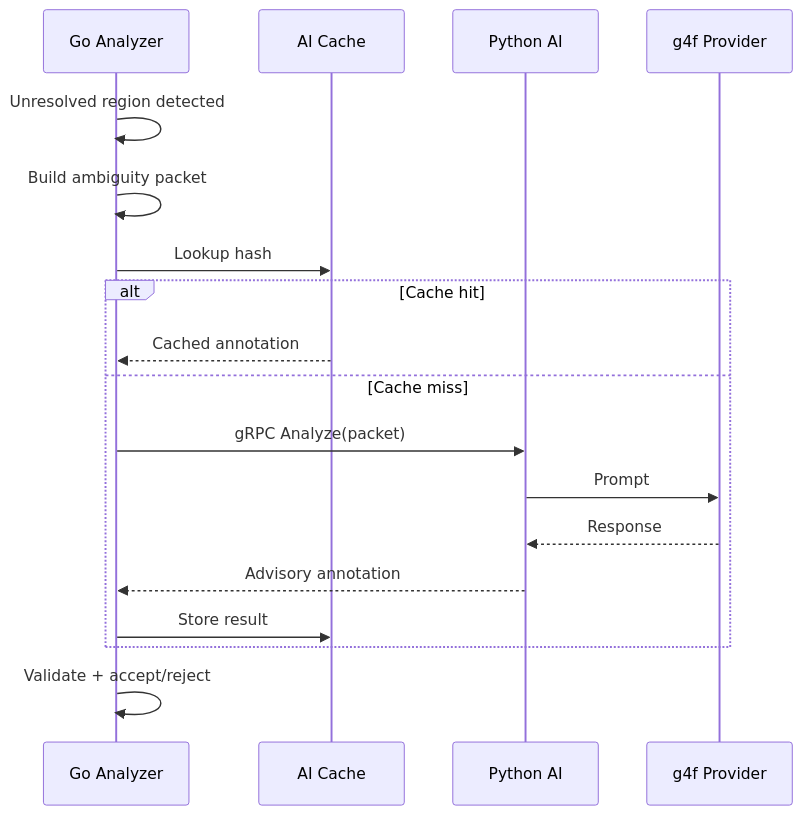
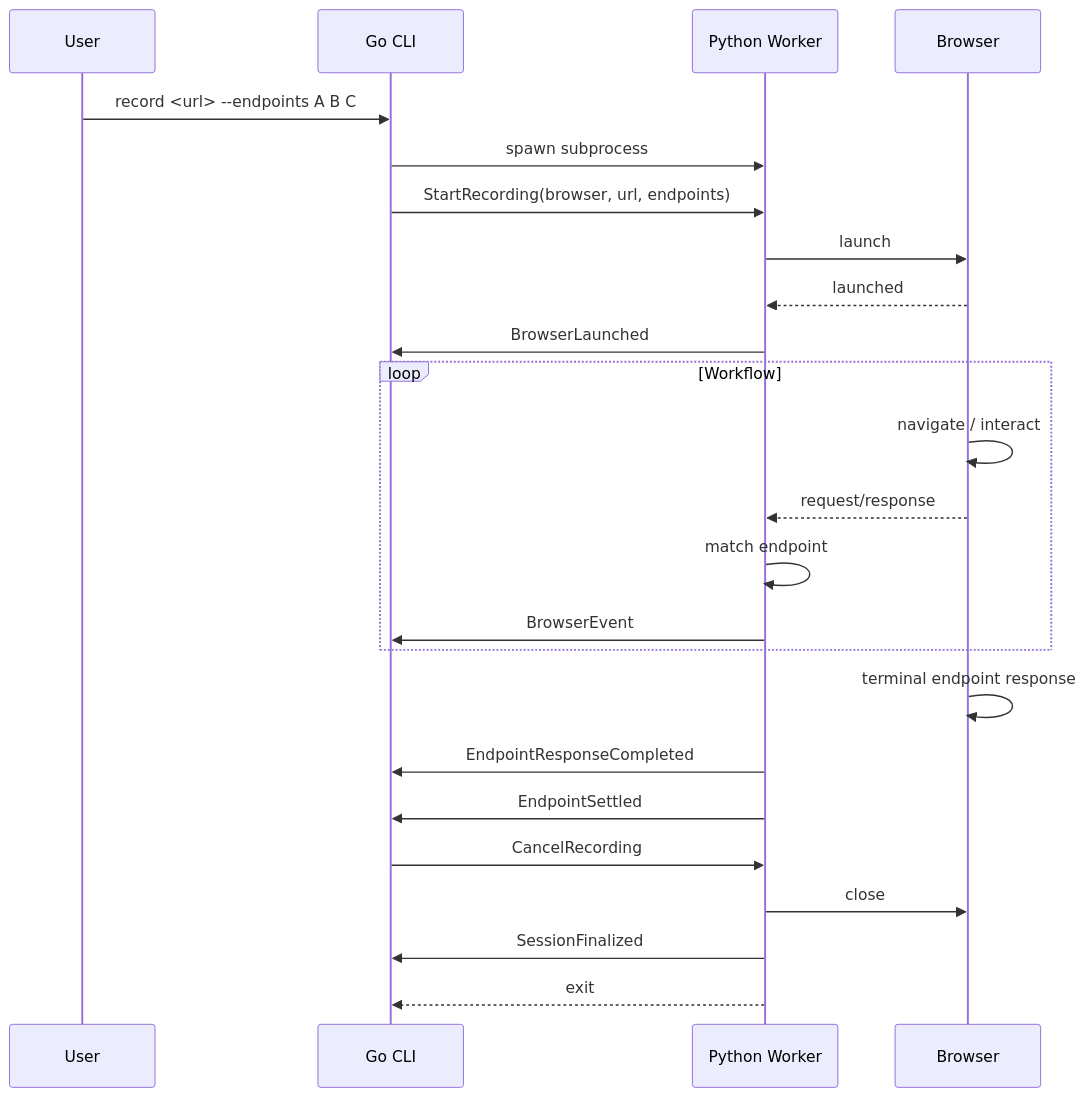
One commit to Aran404/autohttp changed the second of 3 diagrams in .agents/specs/architecture.md. Above: the diagram before and after it, drawn with Mermaid. The commit also changed other lines of this file and 8 other files, not shown here.

Commit message:
docs(specs): rewrite to new python browser + gRPC streaming architecture

````diff
--- a/.agents/specs/architecture.md
+++ b/.agents/specs/architecture.md
@@ -229,23 +260,29 @@
 ```mermaid
 sequenceDiagram
-    participant Go as Go Analyzer
-    participant Cache as AI Cache
-    participant Py as Python AI
-    participant G4F as g4f Provider
+    participant User
+    participant Go as Go CLI
+    participant Py as Python Worker
+    participant Br as Browser
 
-    Go->>Go: Unresolved region detected
-    Go->>Go: Build ambiguity packet
-    Go->>Cache: Lookup hash
+    User->>Go: record <url> --endpoints A B C
+    Go->>Py: spawn subprocess
+    Go->>Py: StartRecording(browser, url, endpoints)
+    Py->>Br: launch
+    Br-->>Py: launched
+    Py->>Go: BrowserLaunched
 
-    alt Cache hit
-        Cache-->>Go: Cached annotation
-    else Cache miss
-        Go->>Py: gRPC Analyze(packet)
-        Py->>G4F: Prompt
-        G4F-->>Py: Response
-        Py-->>Go: Advisory annotation
-        Go->>Cache: Store result
+    loop Workflow
+        Br->>Br: navigate / interact
+        Br-->>Py: request/response
+        Py->>Py: match endpoint
+        Py->>Go: BrowserEvent
     end
 
-    Go->>Go: Validate + accept/reject
+    Br->>Br: terminal endpoint response
+    Py->>Go: EndpointResponseCompleted
+    Py->>Go: EndpointSettled
+    Go->>Py: CancelRecording
+    Py->>Br: close
+    Py->>Go: SessionFinalized
+    Py-->>Go: exit
 ```
````
